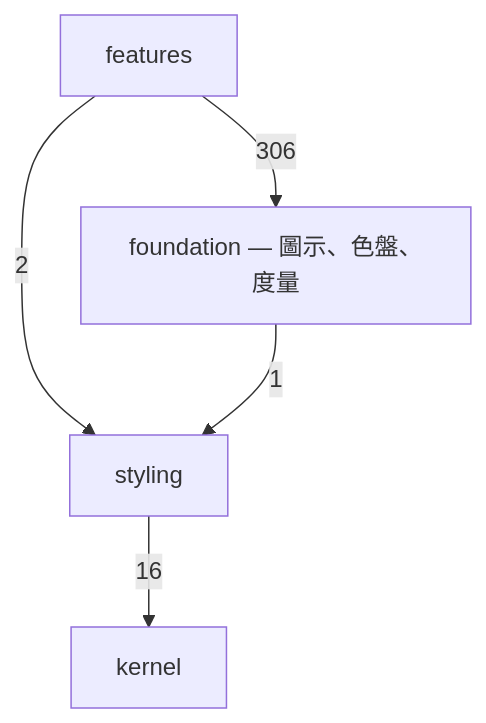
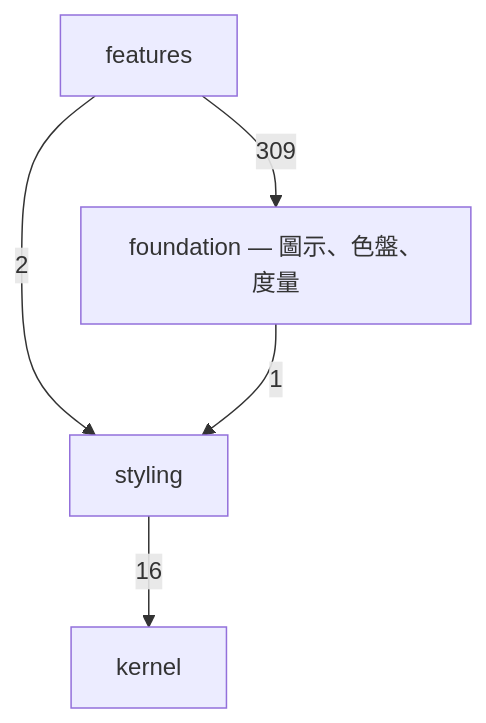
Before and after one commit to MiuDog/Kallopis: the first of 2 diagrams in spec/component-inventory.md, drawn with Mermaid. The commit also changed other lines of this file and 4 other files, not shown here.

````diff
--- a/spec/component-inventory.md
+++ b/spec/component-inventory.md
@@ -18,8 +18,8 @@
 ```mermaid
 graph TD
   foundation["foundation — 圖示、色盤、度量"]
-  features -->|306| foundation
+  features -->|309| foundation
   styling -->|16| kernel
   features -->|2| styling
   foundation -->|1| styling
 ```
````
